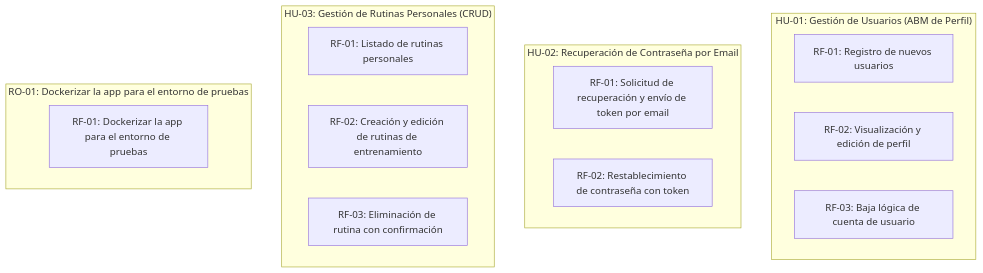
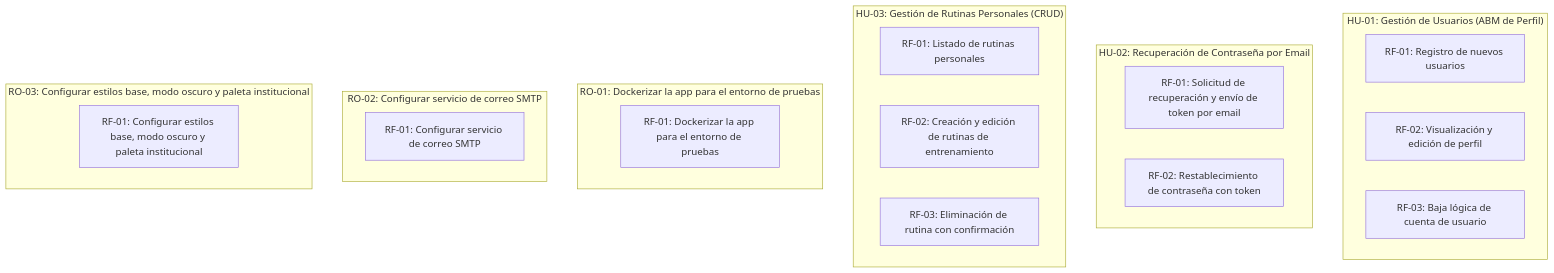
Before and after one commit to Agustin-PerezR/FitArg: the diagram in scrumDocs/grafo.md, drawn with Mermaid. The commit also changed other lines of this file, not shown here.

Commit message:
Auto-publish: actualiza scrumDocs/grafo.md

````diff
--- a/scrumDocs/grafo.md
+++ b/scrumDocs/grafo.md
@@ -5,20 +5,26 @@
 ```mermaid
 graph TD
   subgraph US_1788961186890["HU-01: Gestión de Usuarios (ABM de Perfil)"]
     REQ_1788962591125["RF-01: Registro de nuevos usuarios"]
     REQ_1788962599160["RF-02: Visualización y edición de perfil"]
     REQ_1788962657708["RF-03: Baja lógica de cuenta de usuario"]
   end
   subgraph US_1788961195716["HU-02: Recuperación de Contraseña por Email"]
     REQ_1788962657905["RF-01: Solicitud de recuperación y envío de token por email"]
     REQ_1788962658008["RF-02: Restablecimiento de contraseña con token"]
   end
   subgraph US_1788961200799["HU-03: Gestión de Rutinas Personales (CRUD)"]
     REQ_1788962658133["RF-01: Listado de rutinas personales"]
     REQ_1788962658244["RF-02: Creación y edición de rutinas de entrenamiento"]
     REQ_1788962658342["RF-03: Eliminación de rutina con confirmación"]
   end
   subgraph US_1788962846177["RO-01: Dockerizar la app para el entorno de pruebas"]
     REQ_1788962846188["RF-01: Dockerizar la app para el entorno de pruebas"]
   end
+  subgraph US_1788962858890["RO-02: Configurar servicio de correo SMTP"]
+    REQ_1788962858900["RF-01: Configurar servicio de correo SMTP"]
+  end
+  subgraph US_1788962859056["RO-03: Configurar estilos base, modo oscuro y paleta institucional"]
+    REQ_1788962859059["RF-01: Configurar estilos base, modo oscuro y paleta institucional"]
+  end
 ```
````
